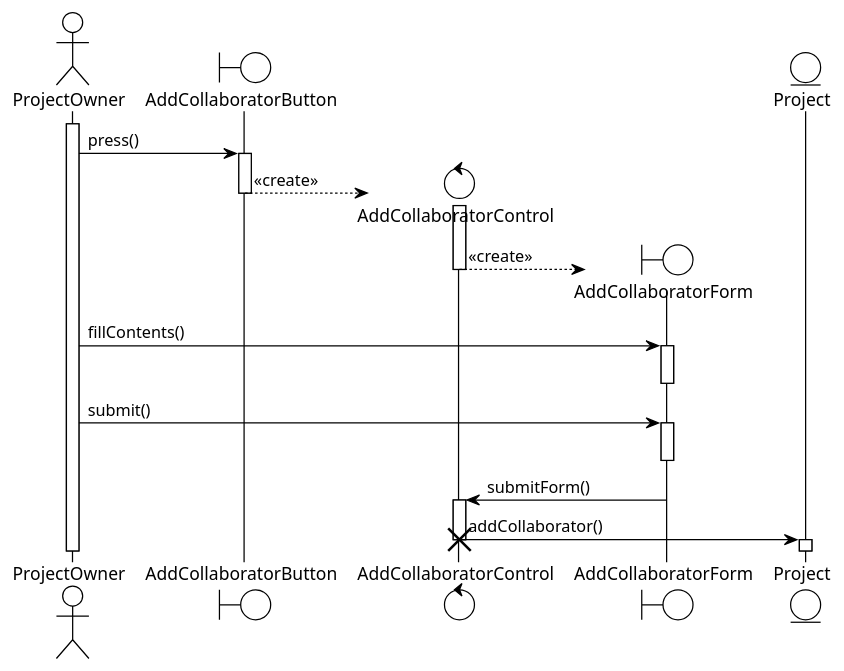
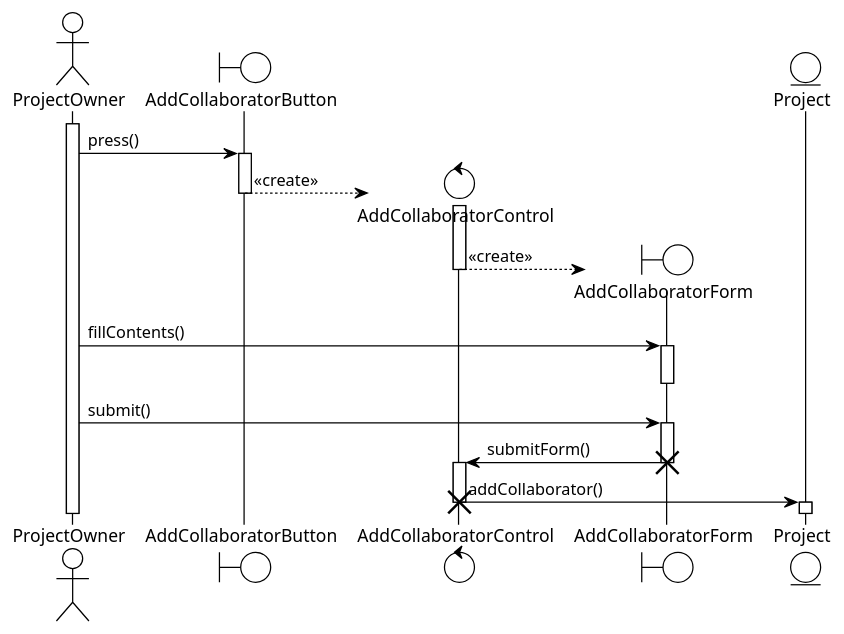
Before and after one commit to BlueMango10/Project-uml: the diagram in Use case sequence diagrams/AddCollaborator.puml, drawn with PlantUML. The commit also changed 3 other files, not shown here.

```diff
--- a/Use case sequence diagrams/AddCollaborator.puml
+++ b/Use case sequence diagrams/AddCollaborator.puml
@@ -1,39 +1,40 @@
 @startuml AddCollaborator
 !theme plain
 actor ProjectOwner as po
 boundary AddCollaboratorButton as acb
 control AddCollaboratorControl as acc
 boundary AddCollaboratorForm as acf
 entity Project as p
 
 activate po
 
 po -> acb : press()
 activate acb
 
 create acc
 acb --> acc : <<create>>
 deactivate acb
 activate acc
 
 create acf
 acc --> acf : <<create>>
 deactivate acc
 
 po -> acf : fillContents()
 activate acf
 deactivate acf
 
 po -> acf : submit()
 activate acf
-deactivate acf
 
 acf -> acc : submitForm()
+deactivate acf
+destroy acf
 activate acc
 
 acc -> p : addCollaborator()
 deactivate acc
 destroy acc
 activate p
 deactivate p
 @enduml
```
